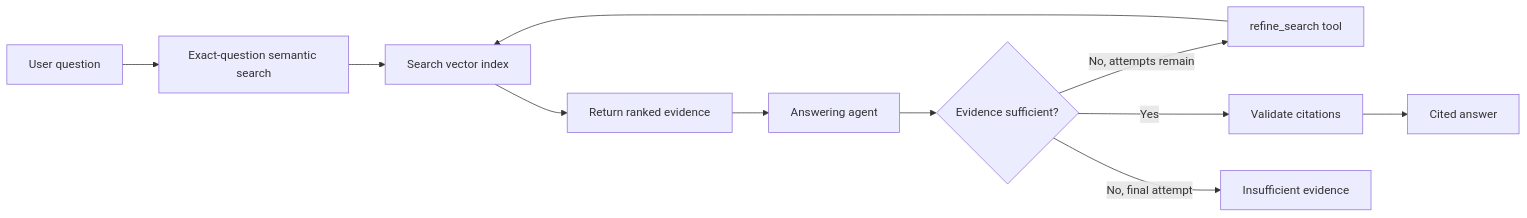
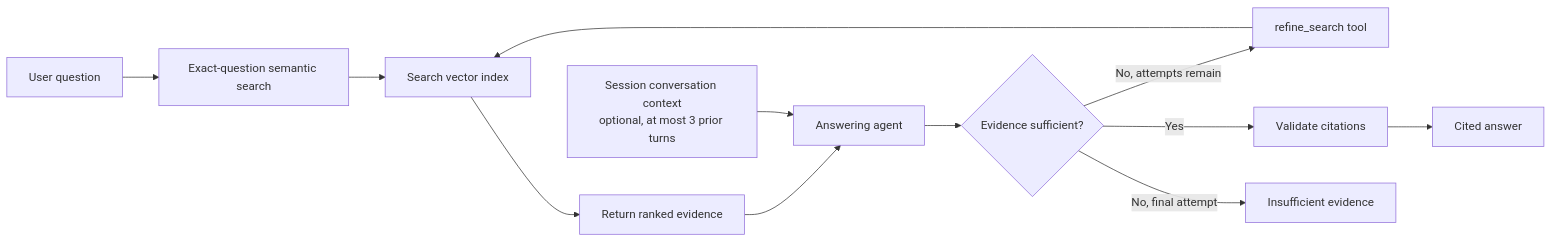
The third of 3 diagrams in docs/architecture.md (sophiatheofanidou/RepoRationale), drawn with Mermaid before and after one commit. The commit also changed other lines of this file and 11 other files, not shown here.

````diff
--- a/docs/architecture.md
+++ b/docs/architecture.md
@@ -198,14 +198,16 @@
 ```mermaid
 flowchart LR
     Question[User question]
+    Context[Session conversation context<br/>optional, at most 3 prior turns]
     Question --> Search[Exact-question semantic search]
     Search --> Index[Search vector index]
     Index --> Evidence[Return ranked evidence]
     Evidence --> Agent[Answering agent]
+    Context --> Agent
     Agent --> Assess{Evidence sufficient?}
     Assess -->|No, attempts remain| Refine[refine_search tool]
     Refine --> Index
     Assess -->|Yes| Validate[Validate citations]
     Validate --> Answer[Cited answer]
     Assess -->|No, final attempt| Abstain[Insufficient evidence]
 ```
````
